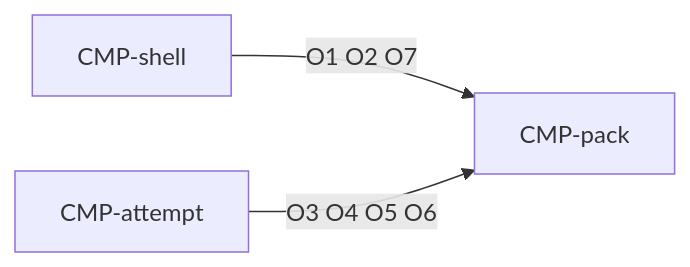
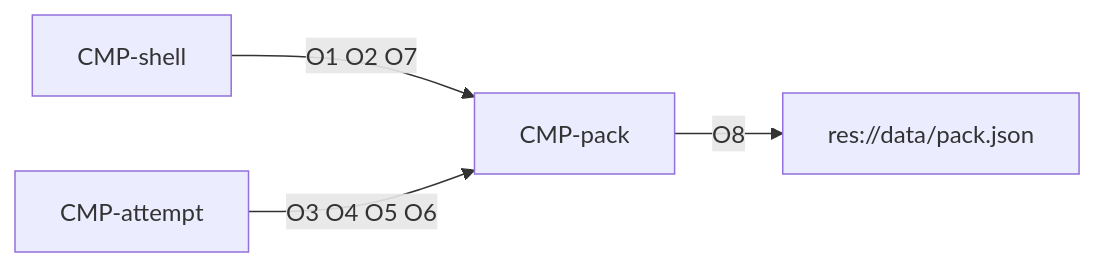
The diagram in specs/technical/contracts/pack.md (waigore/simplenono), drawn with Mermaid before and after one commit. The commit also changed other lines of this file and 4 other files, not shown here.

````diff
--- a/specs/technical/contracts/pack.md
+++ b/specs/technical/contracts/pack.md
@@ -44,5 +53,6 @@
 ```mermaid
 flowchart LR
   shell[CMP-shell] -->|O1 O2 O7| pack[CMP-pack]
   attempt[CMP-attempt] -->|O3 O4 O5 O6| pack
+  pack -->|O8| data[res://data/pack.json]
 ```
````
